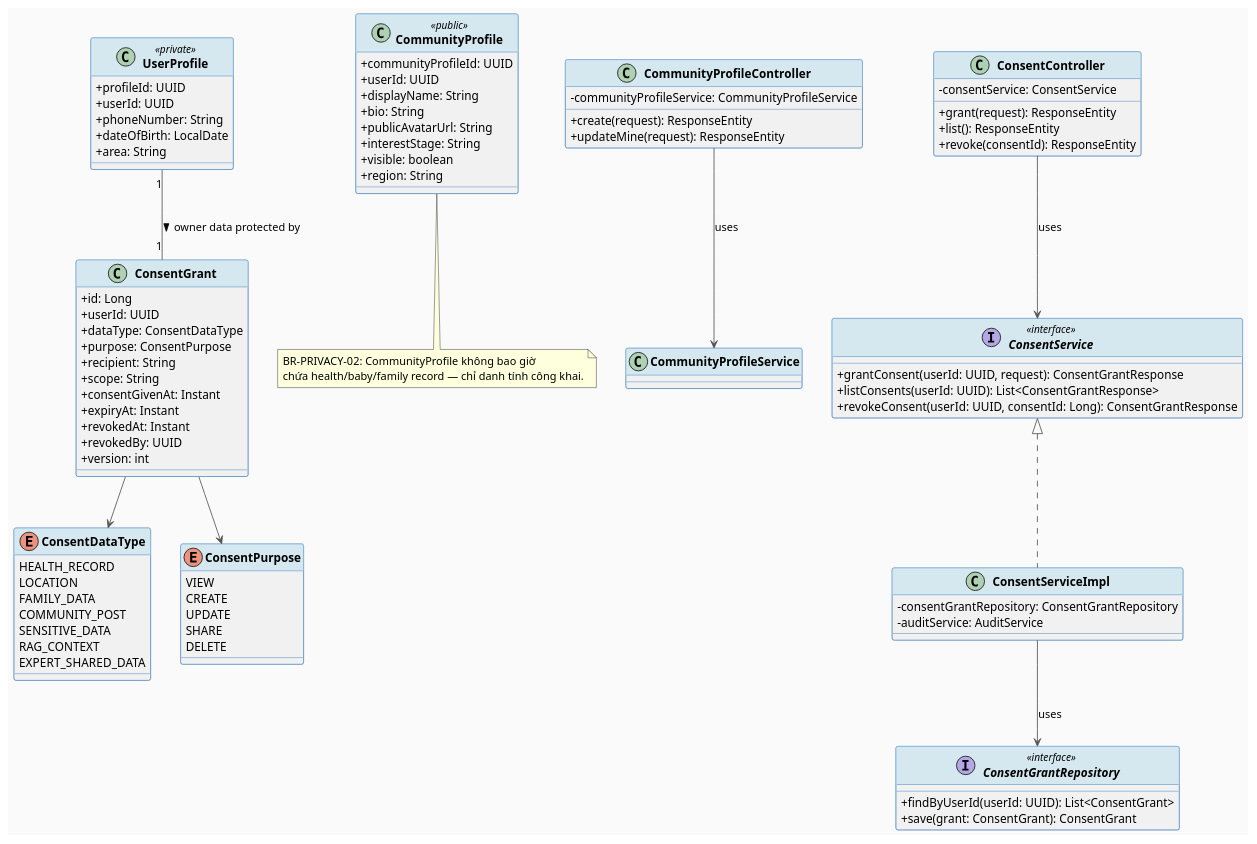
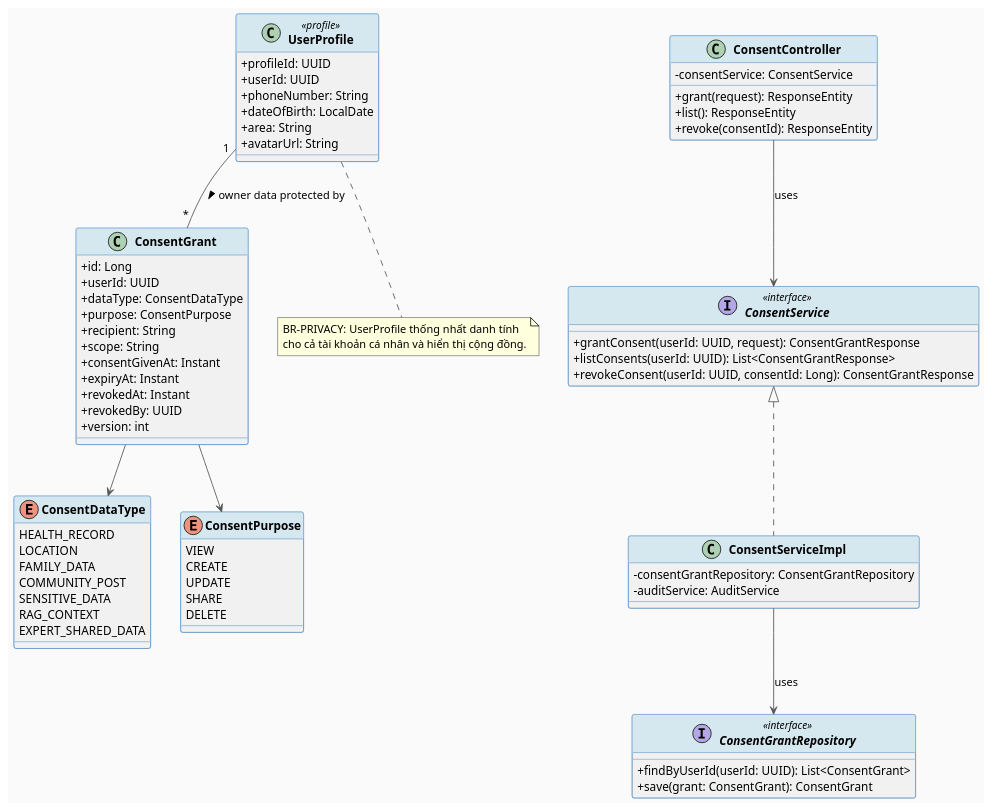
The first of 2 diagrams in docs/Detailed_Design/MF01_Account_Trust_AccesControl/02_Community_Identity_Privacy_Consent_Sharing.md (ChuongBDHE172784/CareBridge_SEP490_G79), drawn with PlantUML before and after one commit. The commit also changed other lines of this file and 2 other files, not shown here.

Commit message:
docs(mf01): update community identity spec and PlantUML diagrams for UserProfile unification

```diff
--- a/docs/Detailed_Design/MF01_Account_Trust_AccesControl/02_Community_Identity_Privacy_Consent_Sharing.md
+++ b/docs/Detailed_Design/MF01_Account_Trust_AccesControl/02_Community_Identity_Privacy_Consent_Sharing.md
@@ -33,23 +24,13 @@
 skinparam ClassBorderColor #2E75B6
 skinparam ClassHeaderBackgroundColor #D5E8F0
 
-class UserProfile <<private>> {
+class UserProfile <<profile>> {
   + profileId: UUID
   + userId: UUID
   + phoneNumber: String
   + dateOfBirth: LocalDate
   + area: String
-}
-
-class CommunityProfile <<public>> {
-  + communityProfileId: UUID
-  + userId: UUID
-  + displayName: String
-  + bio: String
-  + publicAvatarUrl: String
-  + interestStage: String
-  + visible: boolean
-  + region: String
+  + avatarUrl: String
 }
 
 class ConsentGrant {
@@ -84,12 +65,6 @@
   DELETE
 }
 
-class CommunityProfileController {
-  - communityProfileService: CommunityProfileService
-  + create(request): ResponseEntity
-  + updateMine(request): ResponseEntity
-}
-
 class ConsentController {
   - consentService: ConsentService
   + grant(request): ResponseEntity
@@ -113,16 +88,15 @@
   + save(grant: ConsentGrant): ConsentGrant
 }
 
-UserProfile "1" -- "1" ConsentGrant : owner data protected by >
+UserProfile "1" -- "*" ConsentGrant : owner data protected by >
 ConsentGrant --> ConsentDataType
 ConsentGrant --> ConsentPurpose
 ConsentController --> ConsentService : uses
 ConsentServiceImpl --> ConsentGrantRepository : uses
-CommunityProfileController --> CommunityProfileService : uses
 
-note bottom of CommunityProfile
-  BR-PRIVACY-02: CommunityProfile không bao giờ
-  chứa health/baby/family record — chỉ danh tính công khai.
+note bottom of UserProfile
+  BR-PRIVACY: UserProfile thống nhất danh tính
+  cho cả tài khoản cá nhân và hiển thị cộng đồng.
 end note
 
 @enduml
```
